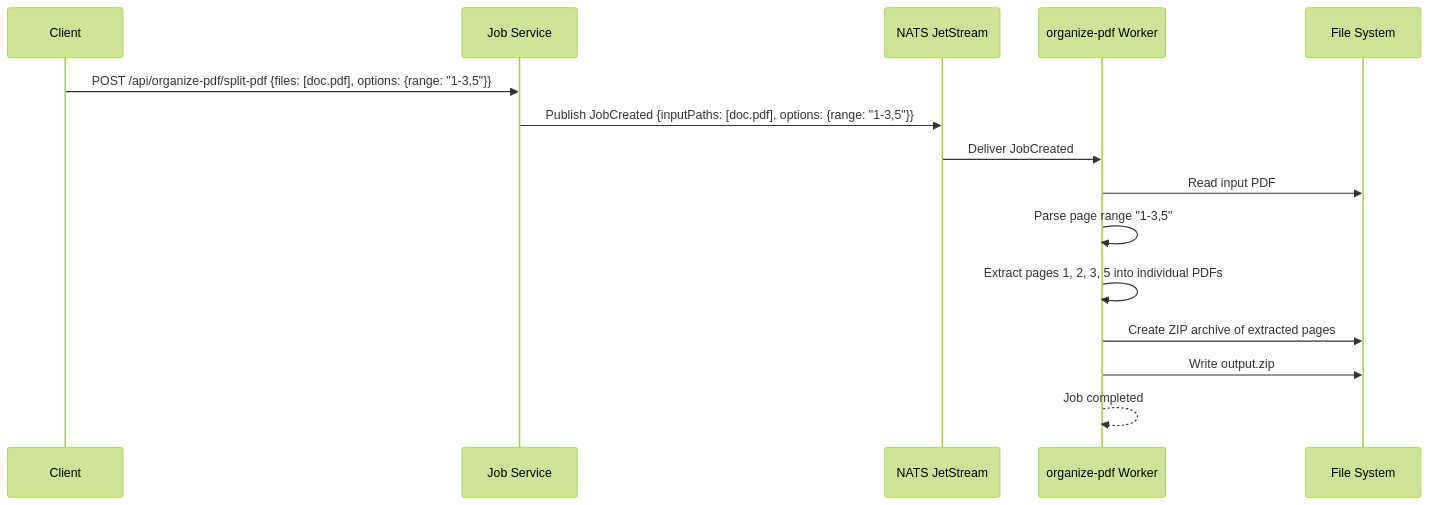
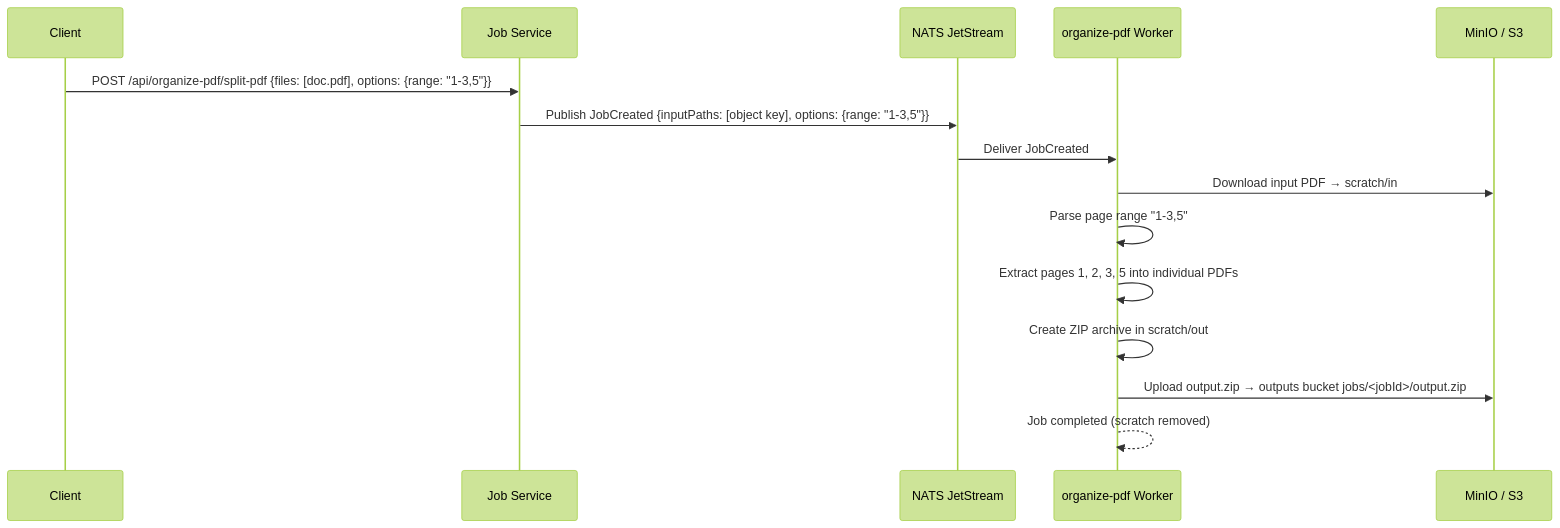
Before and after one commit to Prachidubey2003/fyredocs_backend: the third of 4 diagrams in docs/developer/services/ORGANIZE_PDF.md, drawn with Mermaid (forest theme). The commit also changed other lines of this file and 84 other files, not shown here.

````diff
--- a/docs/developer/services/ORGANIZE_PDF.md
+++ b/docs/developer/services/ORGANIZE_PDF.md
@@ -632,19 +666,19 @@
 ```mermaid
 sequenceDiagram
     participant C as Client
     participant JS as Job Service
     participant NATS as NATS JetStream
     participant W as organize-pdf Worker
-    participant FS as File System
+    participant S3 as MinIO / S3
 
     C->>JS: POST /api/organize-pdf/split-pdf {files: [doc.pdf], options: {range: "1-3,5"}}
-    JS->>NATS: Publish JobCreated {inputPaths: [doc.pdf], options: {range: "1-3,5"}}
+    JS->>NATS: Publish JobCreated {inputPaths: [object key], options: {range: "1-3,5"}}
 
     NATS->>W: Deliver JobCreated
-    W->>FS: Read input PDF
+    W->>S3: Download input PDF → scratch/in
     W->>W: Parse page range "1-3,5"
     W->>W: Extract pages 1, 2, 3, 5 into individual PDFs
-    W->>FS: Create ZIP archive of extracted pages
-    W->>FS: Write output.zip
-    W-->>W: Job completed
+    W->>W: Create ZIP archive in scratch/out
+    W->>S3: Upload output.zip → outputs bucket jobs/<jobId>/output.zip
+    W-->>W: Job completed (scratch removed)
 ```
````
